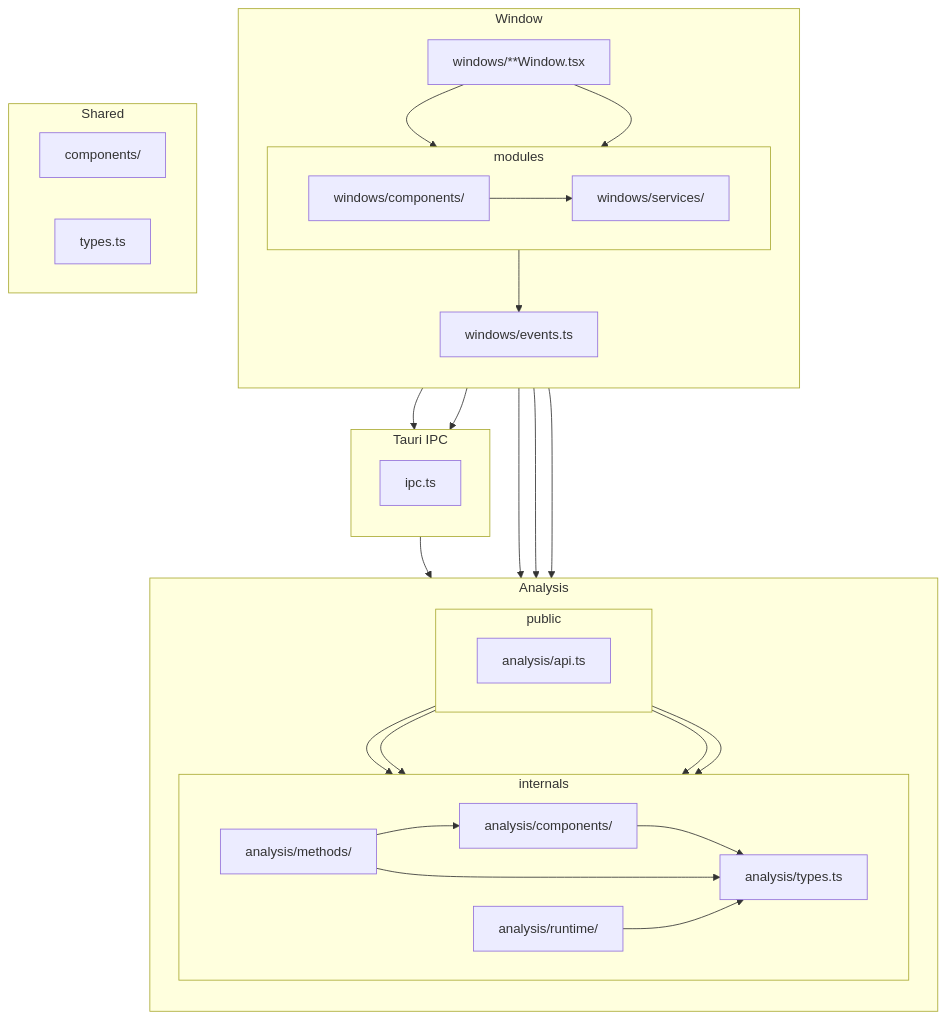
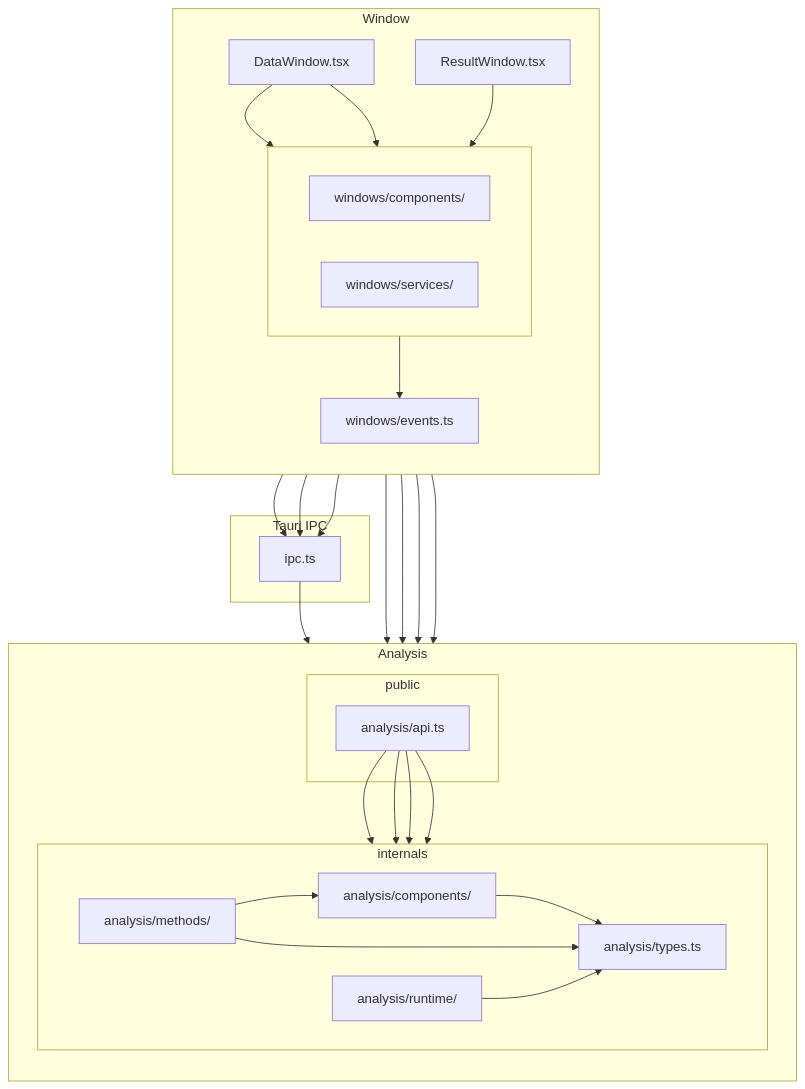
The first of 3 diagrams in docs/ARCHITECTURE.md (stkii/sai), drawn with Mermaid before and after one commit. The commit also changed other lines of this file and 1 other file, not shown here.

````diff
--- a/docs/ARCHITECTURE.md
+++ b/docs/ARCHITECTURE.md
@@ -9,67 +9,68 @@
 ```mermaid
 flowchart TB
-  direction TB
-
   subgraph P["Window"]
     direction TB
 
-    W["windows/**Window.tsx"]
+    DW["DataWindow.tsx"]
+    RW["ResultWindow.tsx"]
     WE["windows/events.ts"]
 
-    subgraph modules
+    subgraph modules[" "]
       direction LR
       WC["windows/components/"]
       WS["windows/services/"]
     end
   end
 
   subgraph A["Analysis"]
     direction TB
 
     subgraph AP["public"]
-      direction LR
       AA["analysis/api.ts"]
     end
 
     subgraph AI["internals"]
       direction LR
       AC["analysis/components/"]
       AM["analysis/methods/"]
       AR["analysis/runtime/"]
       AT["analysis/types.ts"]
     end
   end
 
-  subgraph C["Shared"]
-    direction LR
-    CC["components/"]
-    CT["types.ts"]
-  end
-
   subgraph X["Tauri IPC"]
-    direction TB
     I["ipc.ts"]
   end
 
-  %% Window layer
-  W --> AA
-  W --> I
-  W --> WC
-  W --> WS
+  %% DataWindow dependencies
+  DW --> AA
+  DW --> I
+  DW --> WC
+  DW --> WS
+
+  %% ResultWindow dependencies
+  RW --> I
+  RW --> WS
+
+  %% windows/components
   WC --> I
   WC --> AA
-  WC --> WS
+  WC --> AC
+
+  %% windows/services
   WS --> AA
   WS --> WE
+
+  %% ipc → analysis
   I --> AA
 
   %% Analysis internals
   AA --> AC
   AA --> AM
   AA --> AR
   AA --> AT
   AC --> AT
   AM --> AC
   AM --> AT
   AR --> AT
 ```
````
